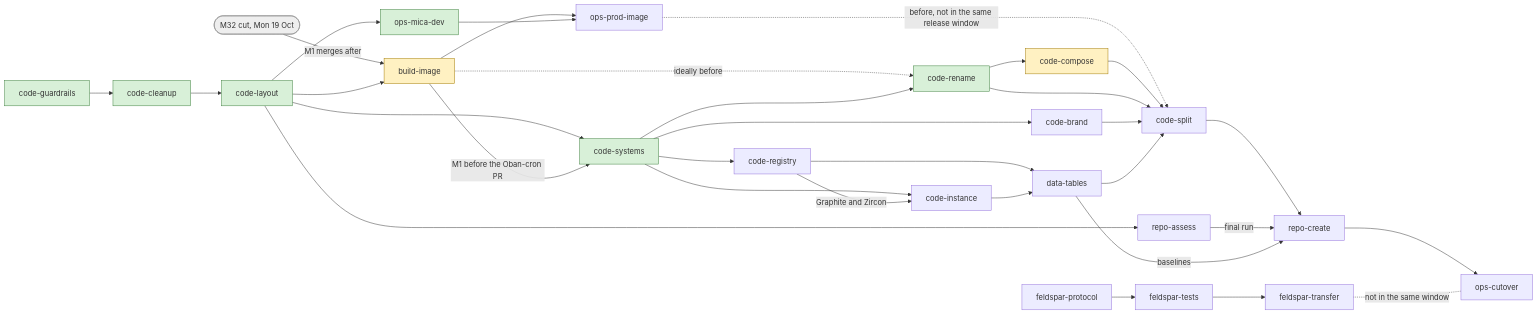
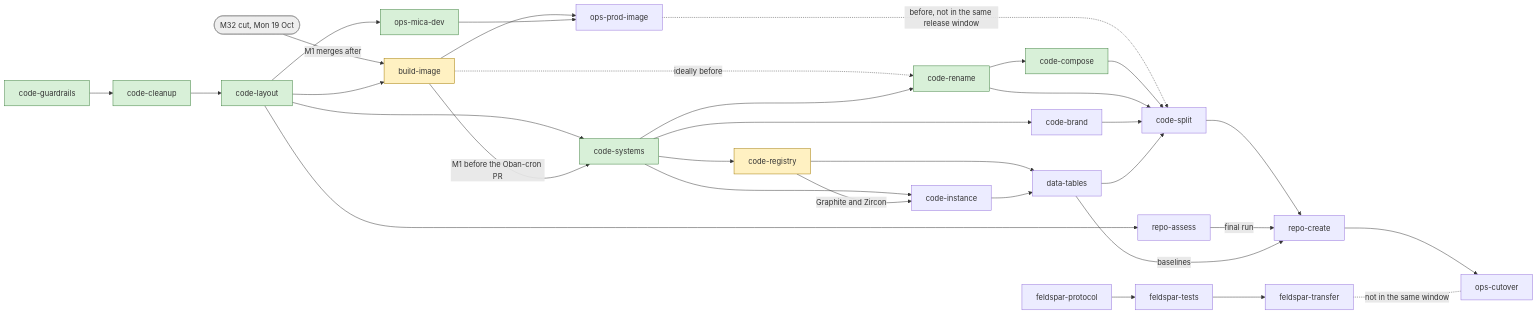
The diagram in docs/nova-migration/plan.md (eyra/mono), drawn with Mermaid before and after one commit. The commit also changed other lines of this file and 2 other files, not shown here.

````diff
--- a/docs/nova-migration/plan.md
+++ b/docs/nova-migration/plan.md
@@ -54,41 +54,41 @@
 ```mermaid
 flowchart LR
   classDef done fill:#d8f0d8,stroke:#3a7d3a
   classDef next fill:#fff1c2,stroke:#a07800
   classDef milestone fill:#eeeeee,stroke:#888888
 
   code_guardrails[code-guardrails]:::done --> code_cleanup[code-cleanup]:::done --> code_layout[code-layout]:::done
 
   m32([M32 cut, Mon 19 Oct]):::milestone -->|M1 merges after| build_image
   code_layout --> build_image[build-image]:::next
   code_layout --> ops_mica_dev[ops-mica-dev]:::done
   code_layout --> code_systems[code-systems]:::done
   code_layout --> repo_assess[repo-assess]
 
   build_image -->|M1 before the Oban-cron PR| code_systems
   build_image -.->|ideally before| code_rename
   build_image --> ops_prod_image[ops-prod-image]
   ops_mica_dev --> ops_prod_image
   ops_prod_image -.->|before, not in the same release window| code_split
 
   code_systems --> code_rename[code-rename]:::done
   code_systems --> code_brand[code-brand]
-  code_systems --> code_registry[code-registry]
+  code_systems --> code_registry[code-registry]:::next
   code_systems --> code_instance[code-instance]
   code_registry -->|Graphite and Zircon| code_instance
   code_registry --> data_tables[data-tables]
   code_instance --> data_tables
 
-  code_rename --> code_compose[code-compose]:::next
+  code_rename --> code_compose[code-compose]:::done
   code_compose --> code_split[code-split]
   code_rename --> code_split
   code_brand --> code_split
   data_tables --> code_split
   code_split --> repo_create[repo-create]
   repo_assess -->|final run| repo_create
   data_tables -->|baselines| repo_create
   repo_create --> ops_cutover[ops-cutover]
 
   feldspar_protocol[feldspar-protocol] --> feldspar_tests[feldspar-tests] --> feldspar_transfer[feldspar-transfer]
   feldspar_transfer -.-|not in the same window| ops_cutover
 ```
````
